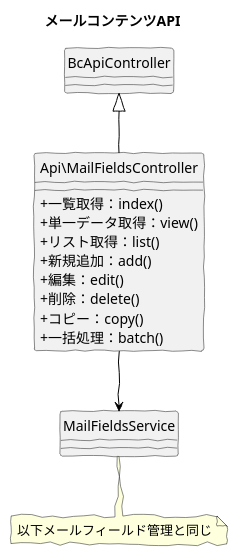
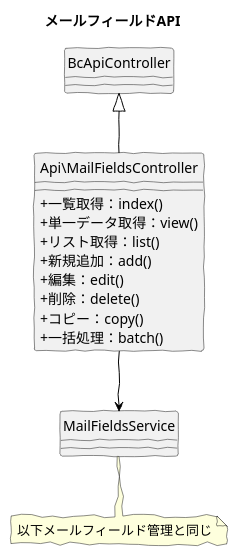
One commit to baserproject/baserproject.github.io changed the diagram in src/puml/5/ucmitz/svg/class/bc-mail/api_mail_fields.puml. Above: the diagram before and after it, drawn with PlantUML. The commit also changed 15 other files, not shown here.

```diff
--- a/src/puml/5/ucmitz/svg/class/bc-mail/api_mail_fields.puml
+++ b/src/puml/5/ucmitz/svg/class/bc-mail/api_mail_fields.puml
@@ -1,26 +1,26 @@
 @startuml
 skinparam handwritten true
 skinparam backgroundColor white
 hide circle
 skinparam classAttributeIconSize 0
 
-title メールコンテンツAPI
+title メールフィールドAPI
 
 class Api\MailFieldsController {
   + 一覧取得：index()
   + 単一データ取得：view()
   + リスト取得：list()
   + 新規追加：add()
   + 編集：edit()
   + 削除：delete()
   + コピー：copy()
   + 一括処理：batch()
 }
 
 Api\MailFieldsController -down[#Black]-> MailFieldsService
 Api\MailFieldsController -up[#Black]-|> BcApiController
 
 note "以下メールフィールド管理と同じ" as note
 MailFieldsService .. note
 
 @enduml
```
